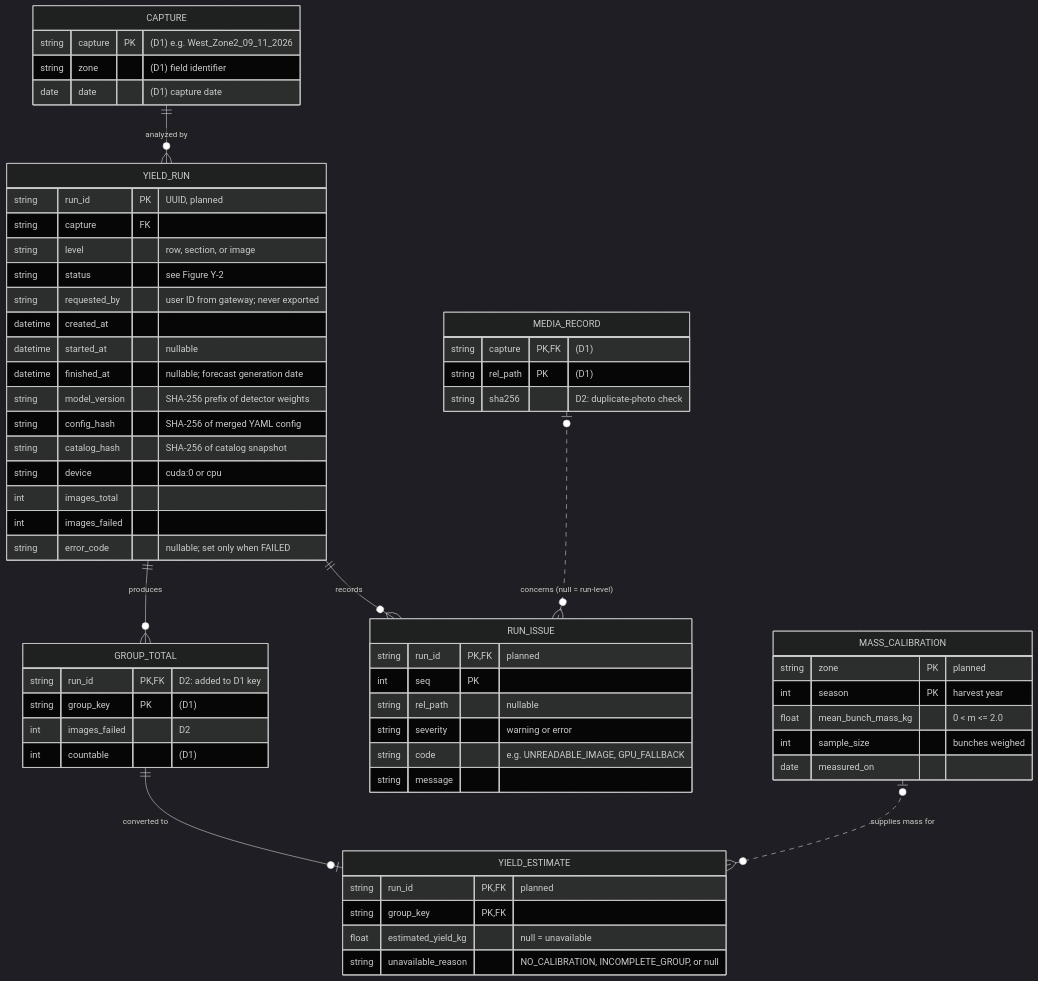
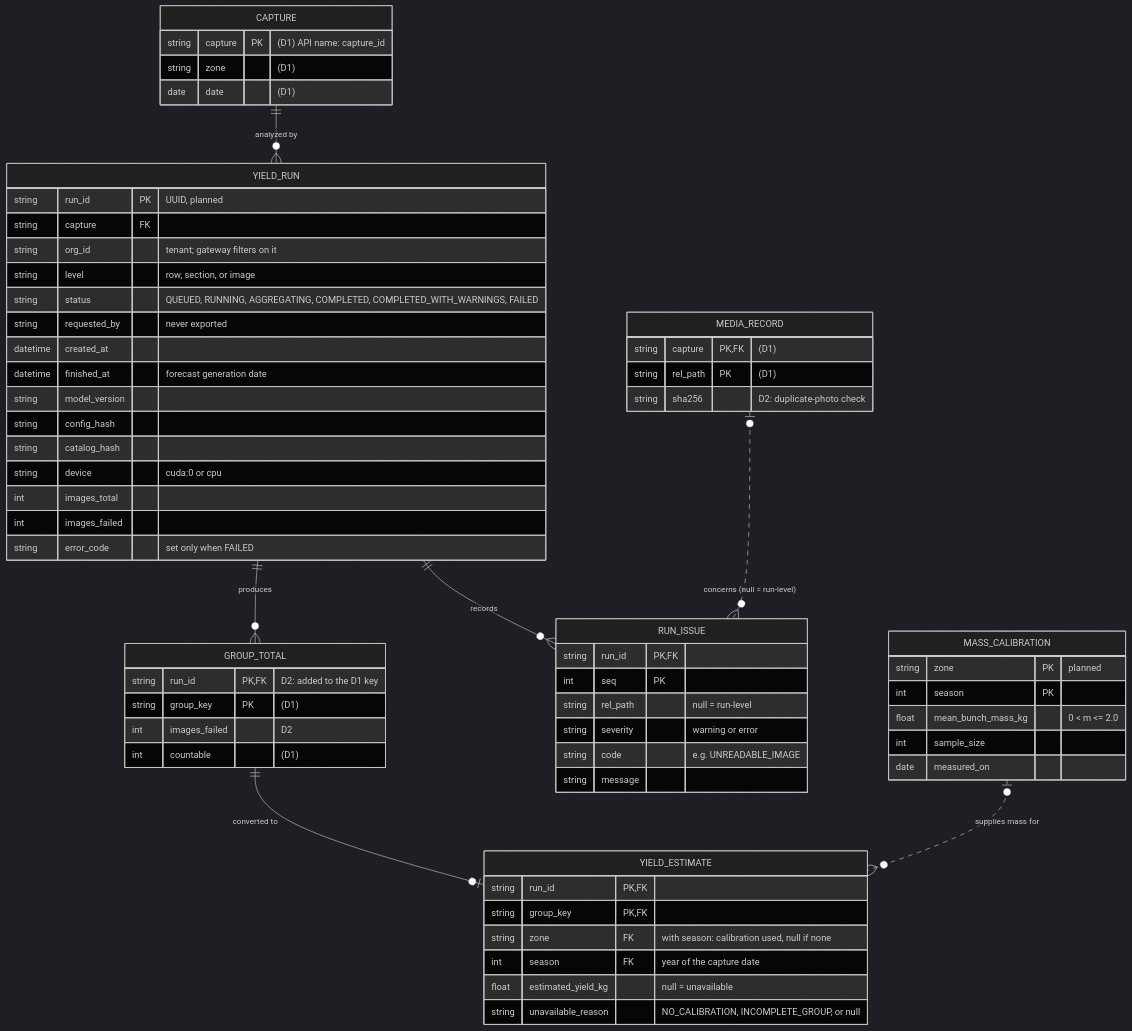
One commit to OMID-Capstone-AI-Drone/deliverables changed the fourth of 5 diagrams in Design_Diagrams/D2_Detailed_Design.md. Above: the diagram before and after it, drawn with Mermaid (dark theme). The commit also changed other lines of this file, not shown here.

````diff
--- a/Design_Diagrams/D2_Detailed_Design.md
+++ b/Design_Diagrams/D2_Detailed_Design.md
@@ -234,64 +284,66 @@
 ```mermaid
 erDiagram
     CAPTURE ||--o{ YIELD_RUN : "analyzed by"
     YIELD_RUN ||--o{ GROUP_TOTAL : produces
     YIELD_RUN ||--o{ RUN_ISSUE : records
     MEDIA_RECORD |o..o{ RUN_ISSUE : "concerns (null = run-level)"
     GROUP_TOTAL ||--o| YIELD_ESTIMATE : "converted to"
     MASS_CALIBRATION |o..o{ YIELD_ESTIMATE : "supplies mass for"
 
     CAPTURE {
-        string capture PK "(D1) e.g. West_Zone2_09_11_2026"
-        string zone "(D1) field identifier"
-        date date "(D1) capture date"
+        string capture PK "(D1) API name: capture_id"
+        string zone "(D1)"
+        date date "(D1)"
     }
     MEDIA_RECORD {
         string capture PK, FK "(D1)"
         string rel_path PK "(D1)"
         string sha256 "D2: duplicate-photo check"
     }
     YIELD_RUN {
         string run_id PK "UUID, planned"
         string capture FK
+        string org_id "tenant; gateway filters on it"
         string level "row, section, or image"
-        string status "see Figure Y-2"
-        string requested_by "user ID from gateway; never exported"
+        string status "QUEUED, RUNNING, AGGREGATING, COMPLETED, COMPLETED_WITH_WARNINGS, FAILED"
+        string requested_by "never exported"
         datetime created_at
-        datetime started_at "nullable"
-        datetime finished_at "nullable; forecast generation date"
-        string model_version "SHA-256 prefix of detector weights"
-        string config_hash "SHA-256 of merged YAML config"
-        string catalog_hash "SHA-256 of catalog snapshot"
+        datetime finished_at "forecast generation date"
+        string model_version
+        string config_hash
+        string catalog_hash
         string device "cuda:0 or cpu"
         int images_total
         int images_failed
-        string error_code "nullable; set only when FAILED"
+        string error_code "set only when FAILED"
     }
     RUN_ISSUE {
-        string run_id PK, FK "planned"
+        string run_id PK, FK
         int seq PK
-        string rel_path "nullable"
+        string rel_path "null = run-level"
         string severity "warning or error"
-        string code "e.g. UNREADABLE_IMAGE, GPU_FALLBACK"
+        string code "e.g. UNREADABLE_IMAGE"
         string message
     }
     GROUP_TOTAL {
-        string run_id PK, FK "D2: added to D1 key"
+        string run_id PK, FK "D2: added to the D1 key"
         string group_key PK "(D1)"
         int images_failed "D2"
         int countable "(D1)"
     }
     YIELD_ESTIMATE {
-        string run_id PK, FK "planned"
+        string run_id PK, FK
         string group_key PK, FK
+        string zone FK "with season: calibration used, null if none"
+        int season FK "year of the capture date"
         float estimated_yield_kg "null = unavailable"
         string unavailable_reason "NO_CALIBRATION, INCOMPLETE_GROUP, or null"
     }
     MASS_CALIBRATION {
         string zone PK "planned"
-        int season PK "harvest year"
+        int season PK
         float mean_bunch_mass_kg "0 < m <= 2.0"
-        int sample_size "bunches weighed"
+        int sample_size
         date measured_on
     }
 ```
````
